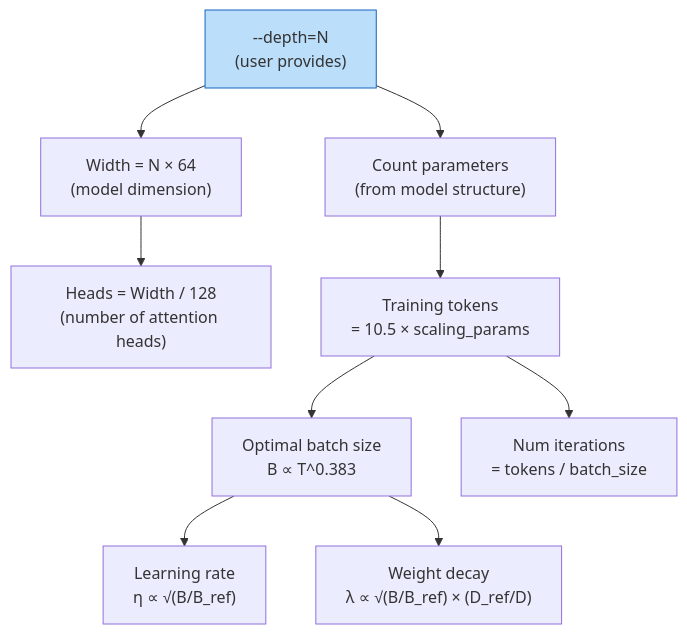
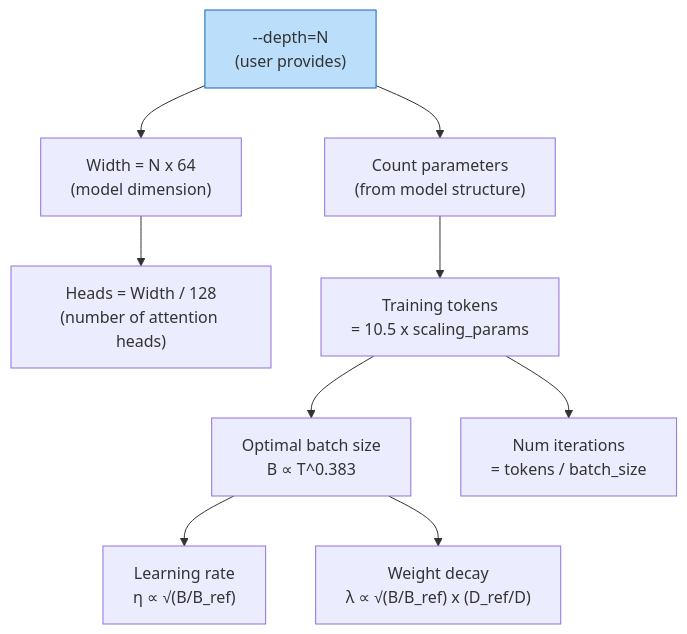
One commit to meever/nanochat changed the third of 6 diagrams in learn/05_training_loop.md. Above: the diagram before and after it, drawn with Mermaid. The commit also changed other lines of this file and 11 other files, not shown here.

````diff
--- a/learn/05_training_loop.md
+++ b/learn/05_training_loop.md
@@ -67,13 +67,13 @@
 ```mermaid
 flowchart TD
-  Depth["--depth=N\n(user provides)"] --> Width["Width = N × 64\n(model dimension)"]
+  Depth["--depth=N\n(user provides)"] --> Width["Width = N x 64\n(model dimension)"]
   Width --> Heads["Heads = Width / 128\n(number of attention heads)"]
   Depth --> Params["Count parameters\n(from model structure)"]
-  Params --> Tokens["Training tokens\n= 10.5 × scaling_params"]
+  Params --> Tokens["Training tokens\n= 10.5 x scaling_params"]
   Tokens --> Batch["Optimal batch size\nB ∝ T^0.383"]
   Batch --> LR["Learning rate\nη ∝ √(B/B_ref)"]
-  Batch --> WD["Weight decay\nλ ∝ √(B/B_ref) × (D_ref/D)"]
+  Batch --> WD["Weight decay\nλ ∝ √(B/B_ref) x (D_ref/D)"]
   Tokens --> Iters["Num iterations\n= tokens / batch_size"]
 
   style Depth fill:#bbdefb,stroke:#1565c0
 ```
````
